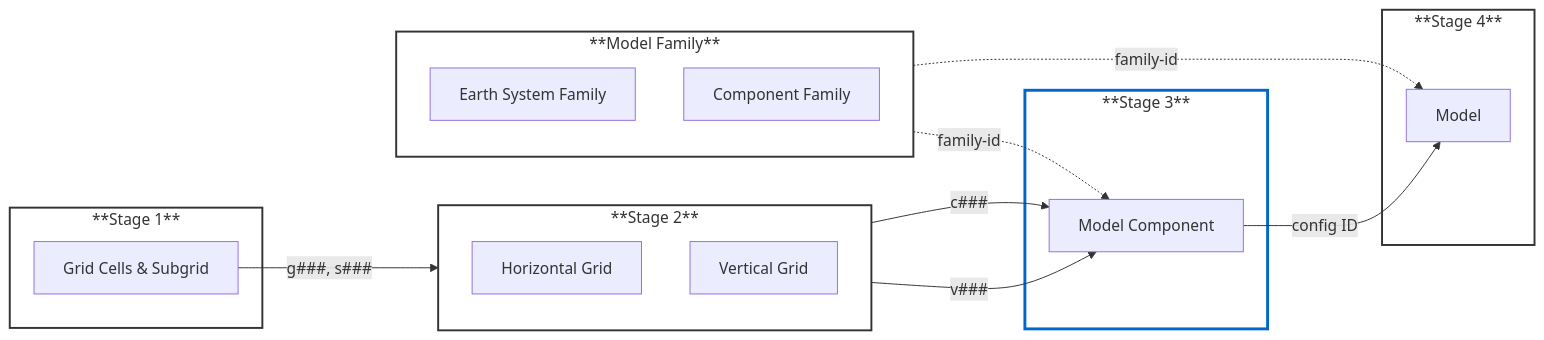
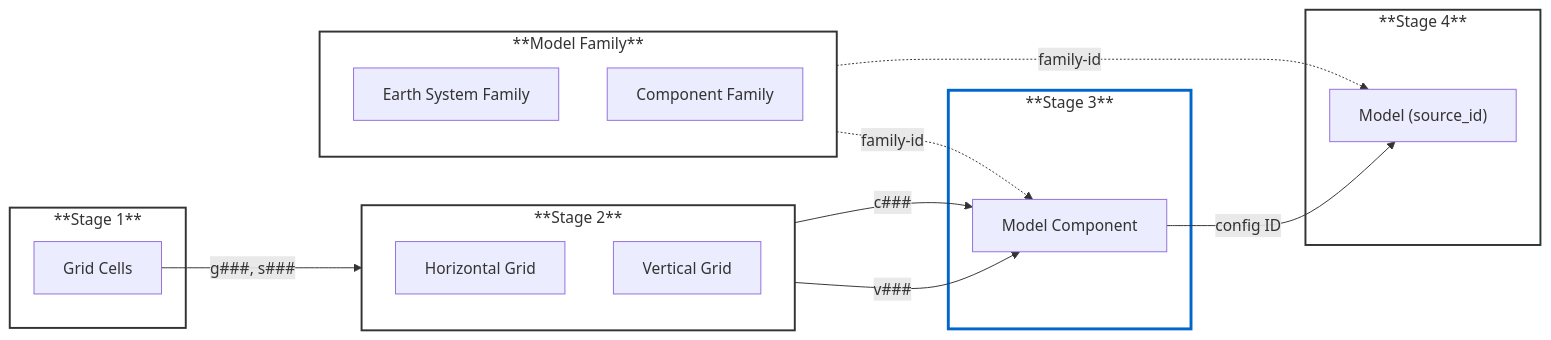
One commit to WCRP-CMIP/Essential-Model-Documentation changed the diagram in .github/README.md. Above: the diagram before and after it, drawn with Mermaid. The commit also changed 23 other files, not shown here.

````diff
--- a/.github/README.md
+++ b/.github/README.md
@@ -18,56 +18,54 @@
 ```mermaid
 flowchart LR
     %% HIGHLIGHT A STAGE: Change the style at the bottom to highlight
     %% Options: Stage1, Stage2, MF, Stage3, Stage4
 
     subgraph Stage1["**Stage 1**"]
-        S1["Grid Cells & Subgrid"]
+        S1["Grid Cells"]
     end
 
     subgraph Stage2["**Stage 2**"]
         direction TB
         S2a["Horizontal Grid"]
         S2b["Vertical Grid"]
     end
 
     subgraph MF["**Model Family**"]
         direction TB
         ESM["Earth System Family"]
         CF["Component Family"]
     end
 
     subgraph Stage3["**Stage 3**"]
         S3["Model Component"]
     end
 
     subgraph Stage4["**Stage 4**"]
-        S4["Model"]
+        S4["Model (source_id)"]
     end
 
     S1 -->|g###, s###| S2a
     S2a -->|c###| S3
     S2b -->|v###| S3
     S3 -->|config ID| S4
     ESM -.->|family-id| S4
     CF -.->|family-id| S3
 
     click S1 "https://github.com/WCRP-CMIP/Essential-Model-Documentation/issues/new?template=grid_cell_and_subgrid.yml" _blank
     click S2a "https://github.com/WCRP-CMIP/Essential-Model-Documentation/issues/new?template=horizontal_computational_grid.yml" _blank
     click S2b "https://github.com/WCRP-CMIP/Essential-Model-Documentation/issues/new?template=vertical_computational_grid.yml" _blank
     click S3 "https://github.com/WCRP-CMIP/Essential-Model-Documentation/issues/new?template=model_component.yml" _blank
     click S4 "https://github.com/WCRP-CMIP/Essential-Model-Documentation/issues/new?template=model.yml" _blank
     click ESM "https://github.com/WCRP-CMIP/Essential-Model-Documentation/issues/new?template=model_family.yml" _blank
     click CF "https://github.com/WCRP-CMIP/Essential-Model-Documentation/issues/new?template=model_family.yml" _blank
 
     %% DEFAULT STYLES
     style Stage1 stroke:#333,stroke-width:2px,fill:none
     style Stage2 stroke:#333,stroke-width:2px,fill:none
     style MF stroke:#333,stroke-width:2px,fill:none
     style Stage3 stroke:#333,stroke-width:2px,fill:none
     style Stage4 stroke:#333,stroke-width:2px,fill:none
 
     %% HIGHLIGHT - Edit this line to change highlight (comment out for no highlight)
-    %%    style Stage3 stroke:#0066cc,stroke-width:3px,fill:none
-
     style Stage3 stroke:#0066cc,stroke-width:3px,fill:none
 ```
````
